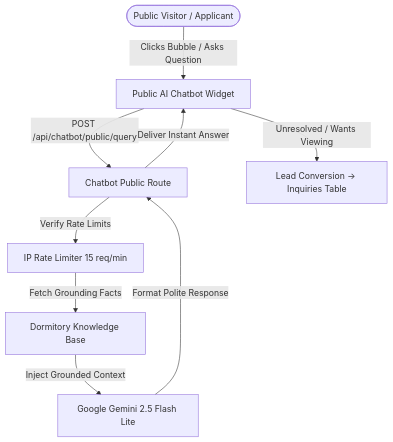
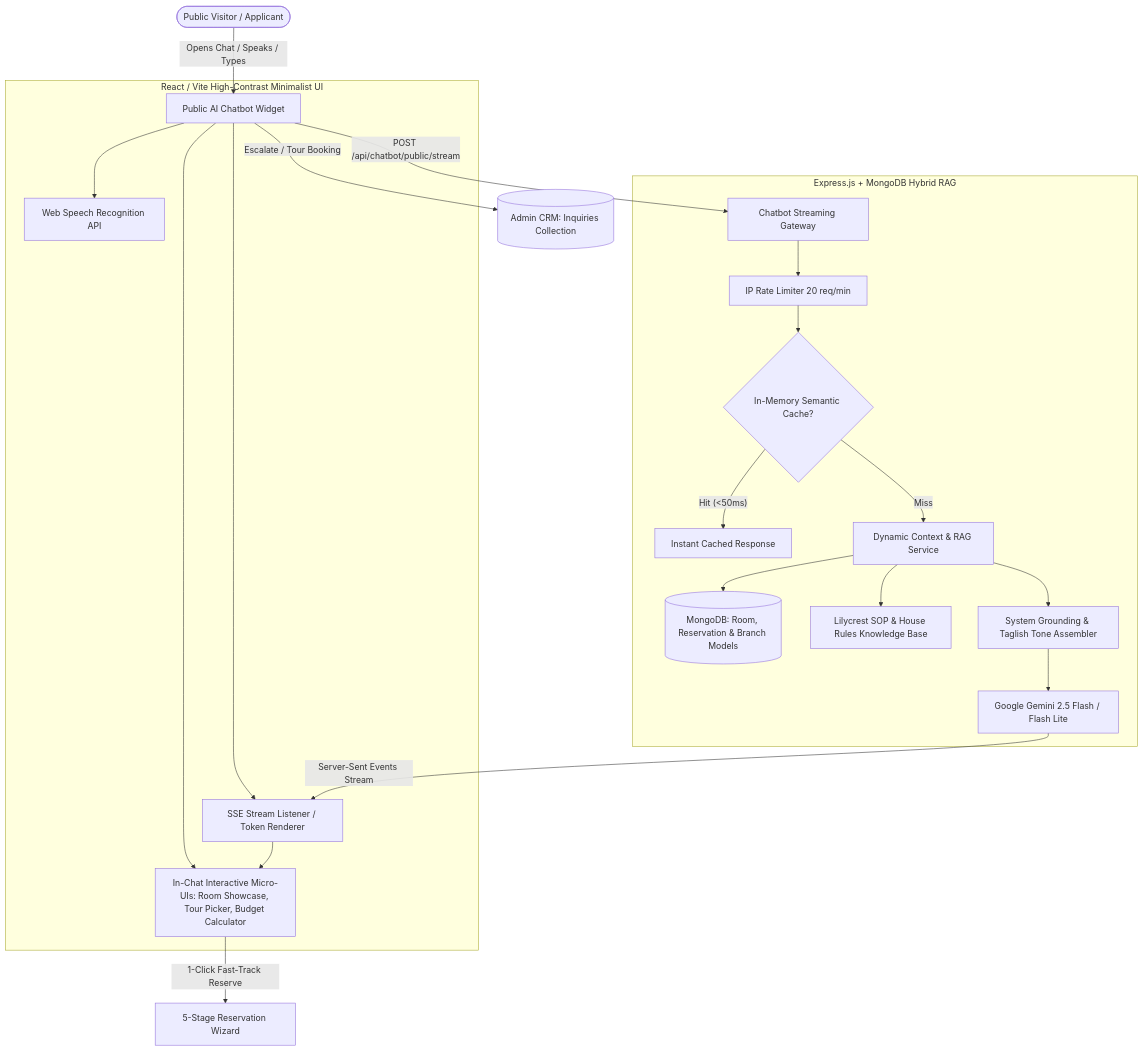
Before and after one commit to PlaytsDEV/Capstone-Website: the diagram in docs/PHASE1_APPLICANT_PUBLIC_AI_CHATBOT_SPECIFICATION.md, drawn with Mermaid. The commit also changed other lines of this file and 20 other files, not shown here.

Commit message:
feat(ai): enhance public chatbot with FAQ categories, lead escalation, and interactive widgets

````diff
--- a/docs/PHASE1_APPLICANT_PUBLIC_AI_CHATBOT_SPECIFICATION.md
+++ b/docs/PHASE1_APPLICANT_PUBLIC_AI_CHATBOT_SPECIFICATION.md
@@ -7,11 +7,30 @@
 ```mermaid
 flowchart TD
-    Visitor([Public Visitor / Applicant]) -->|Clicks Bubble / Asks Question| Widget[Public AI Chatbot Widget]
-    Widget -->|POST /api/chatbot/public/query| APIRoute[Chatbot Public Route]
-    APIRoute -->|Verify Rate Limits| RateLimiter[IP Rate Limiter 15 req/min]
-    RateLimiter -->|Fetch Grounding Facts| KnowledgeService[Dormitory Knowledge Base]
-    KnowledgeService -->|Inject Grounded Context| GeminiEngine[Google Gemini 2.5 Flash Lite]
-    GeminiEngine -->|Format Polite Response| APIRoute
-    APIRoute -->|Deliver Instant Answer| Widget
-    Widget -->|Unresolved / Wants Viewing| LeadEscalation[Lead Conversion -> Inquiries Table]
+    Visitor([Public Visitor / Applicant]) -->|Opens Chat / Speaks / Types| Widget[Public AI Chatbot Widget]
+    
+    subgraph Client UI [React / Vite High-Contrast Minimalist UI]
+        Widget --> StreamHandler[SSE Stream Listener / Token Renderer]
+        Widget --> VoiceModule[Web Speech Recognition API]
+        Widget --> RichCards[In-Chat Interactive Micro-UIs: Room Showcase, Tour Picker, Budget Calculator]
+    end
+
+    Widget -->|POST /api/chatbot/public/stream| APIRoute[Chatbot Streaming Gateway]
+    
+    subgraph Server & Data Layer [Express.js + MongoDB Hybrid RAG]
+        APIRoute --> RateLimiter[IP Rate Limiter 20 req/min]
+        RateLimiter --> CacheLayer{In-Memory Semantic Cache?}
+        CacheLayer -- Hit (<50ms) --> FastResponse[Instant Cached Response]
+        CacheLayer -- Miss --> GroundingService[Dynamic Context & RAG Service]
+        
+        GroundingService --> LiveDB[(MongoDB: Room, Reservation & Branch Models)]
+        GroundingService --> StaticRules[Lilycrest SOP & House Rules Knowledge Base]
+        GroundingService --> PromptAssembler[System Grounding & Taglish Tone Assembler]
+        
+        PromptAssembler --> GeminiEngine[Google Gemini 2.5 Flash / Flash Lite]
+    end
+
+    GeminiEngine -->|Server-Sent Events Stream| StreamHandler
+    StreamHandler --> RichCards
+    RichCards -->|1-Click Fast-Track Reserve| ReservationFlow[5-Stage Reservation Wizard]
+    Widget -->|Escalate / Tour Booking| LeadPipeline[(Admin CRM: Inquiries Collection)]
 ```
````
